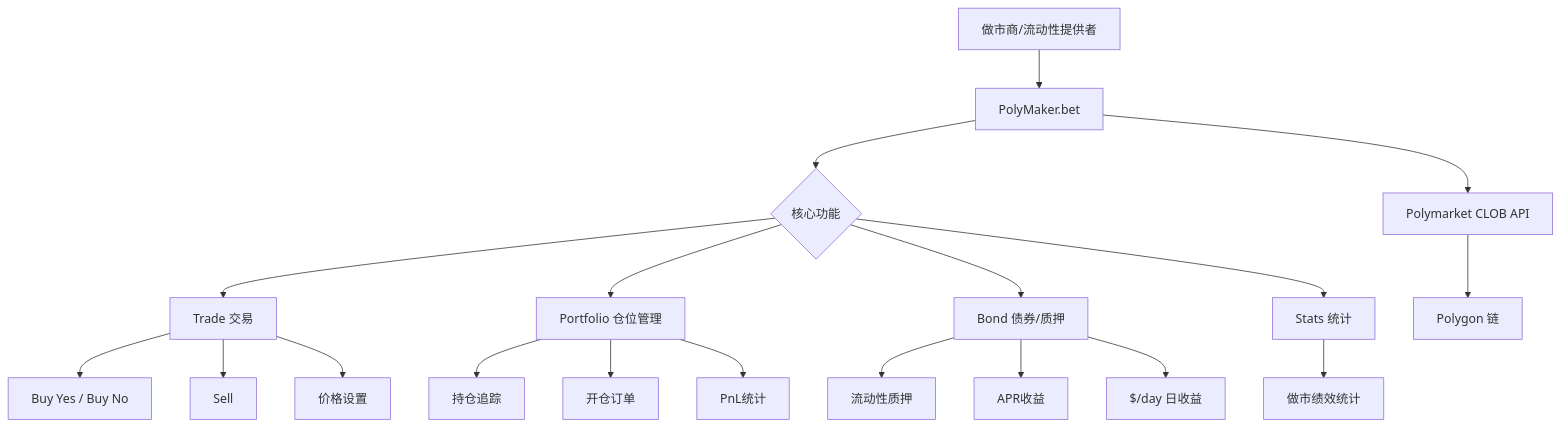
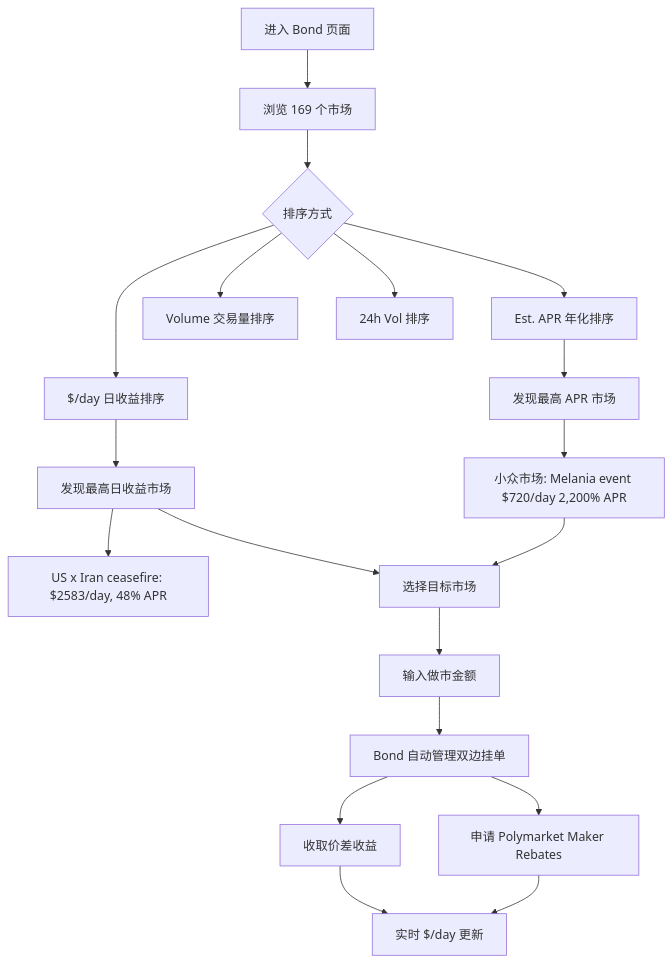
One commit to survivorff/polymarket_research changed the second of 5 diagrams in research/14_polymaker/analysis.md. Above: the diagram before and after it, drawn with Mermaid. The commit also changed other lines of this file and 10 other files, not shown here.

First line of the commit message:
深度补充11个平台分析报告：实测数据、完整UX路径、Mermaid流程图

````diff
--- a/research/14_polymaker/analysis.md
+++ b/research/14_polymaker/analysis.md
@@ -29,27 +56,21 @@
 ```mermaid
-graph TD
-    A[做市商/流动性提供者] --> B[PolyMaker.bet]
-    
-    B --> C{核心功能}
-    C --> D[Trade 交易]
-    C --> E[Portfolio 仓位管理]
-    C --> F[Bond 债券/质押]
-    C --> G[Stats 统计]
-    
-    D --> D1[Buy Yes / Buy No]
-    D --> D2[Sell]
-    D --> D3[价格设置]
-    
-    E --> E1[持仓追踪]
-    E --> E2[开仓订单]
-    E --> E3[PnL统计]
-    
-    F --> F1[流动性质押]
-    F --> F2[APR收益]
-    F --> F3[$/day 日收益]
-    
-    G --> G1[做市绩效统计]
-    
-    B --> H[Polymarket CLOB API]
-    H --> I[Polygon 链]
+flowchart TD
+    A[进入 Bond 页面] --> B[浏览 169 个市场]
+    B --> C{排序方式}
+    C --> C1[$/day 日收益排序]
+    C --> C2[Est. APR 年化排序]
+    C --> C3[Volume 交易量排序]
+    C --> C4[24h Vol 排序]
+    C1 --> D[发现最高日收益市场]
+    D --> E[US x Iran ceasefire: $2583/day, 48% APR]
+    C2 --> F[发现最高 APR 市场]
+    F --> G[小众市场: Melania event $720/day 2,200% APR]
+    D --> H[选择目标市场]
+    G --> H
+    H --> I[输入做市金额]
+    I --> J[Bond 自动管理双边挂单]
+    J --> K[收取价差收益]
+    J --> L[申请 Polymarket Maker Rebates]
+    K --> M[实时 $/day 更新]
+    L --> M
 ```
````
